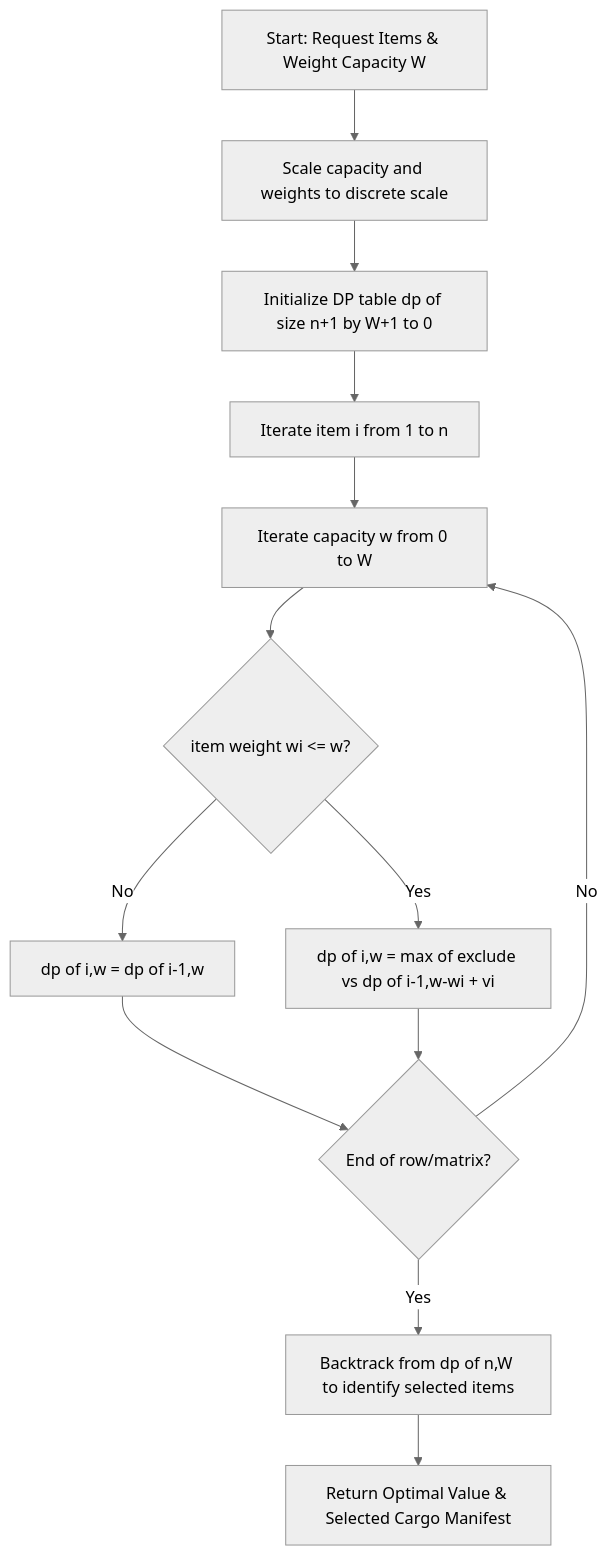
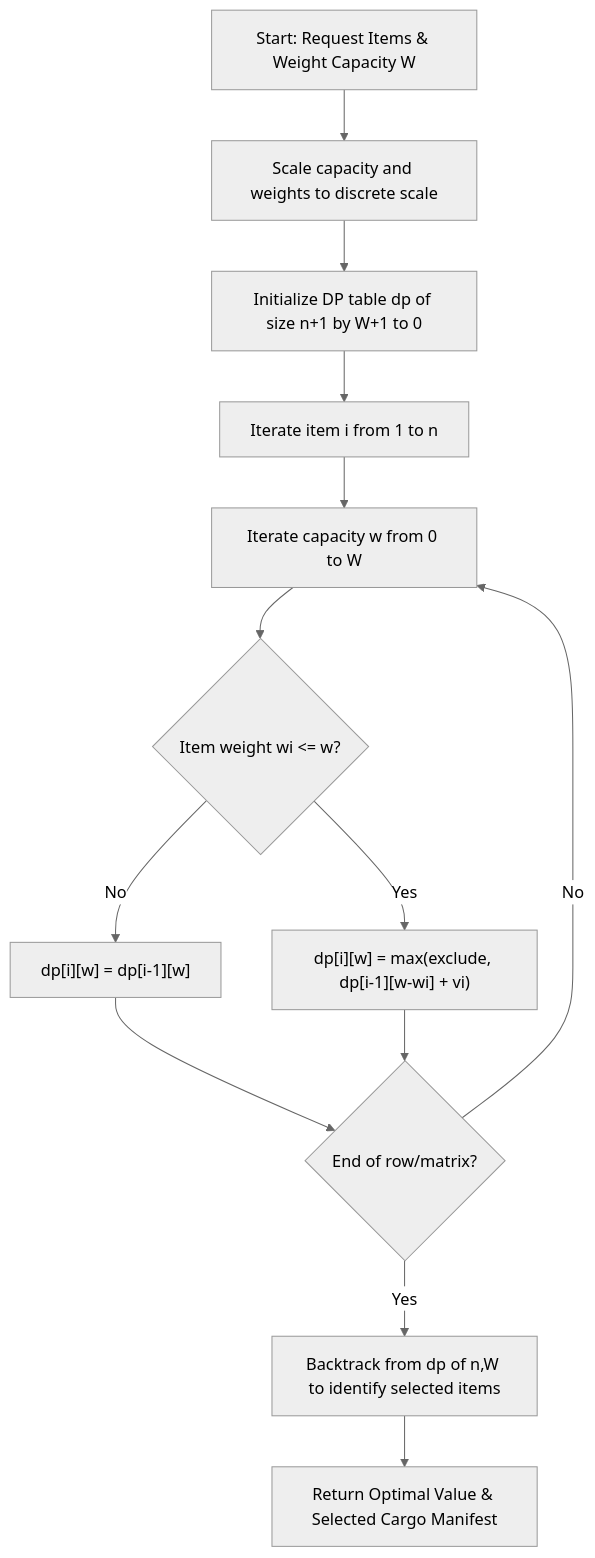
The third of 7 diagrams in docs-site/src/content/docs/service-operations/flowcharts-pseudocode.md (Septagon-Systems/Hospital-Service-DSA), drawn with Mermaid (neutral theme) before and after one commit. The commit also changed other lines of this file and 1 other file, not shown here.

Commit message:
docs(flowcharts): refine multi-queue dispatch operation and fix table complexity notation

````diff
--- a/docs-site/src/content/docs/service-operations/flowcharts-pseudocode.md
+++ b/docs-site/src/content/docs/service-operations/flowcharts-pseudocode.md
@@ -205,15 +249,15 @@
 ```mermaid
 flowchart TD
     A[Start: Request Items & Weight Capacity W] --> B[Scale capacity and weights to discrete scale]
     B --> C[Initialize DP table dp of size n+1 by W+1 to 0]
     C --> D[Iterate item i from 1 to n]
     D --> E[Iterate capacity w from 0 to W]
-    E --> F{item weight wi <= w?}
-    F -- No --> G[dp of i,w = dp of i-1,w]
-    F -- Yes --> H[dp of i,w = max of exclude vs dp of i-1,w-wi + vi]
+    E --> F{"Item weight wi <= w?"}
+    F -- No --> G["dp[i][w] = dp[i-1][w]"]
+    F -- Yes --> H["dp[i][w] = max(exclude, dp[i-1][w-wi] + vi)"]
     G --> I{End of row/matrix?}
     H --> I
     I -- No --> E
     I -- Yes --> J[Backtrack from dp of n,W to identify selected items]
     J --> K[Return Optimal Value & Selected Cargo Manifest]
 ```
````
